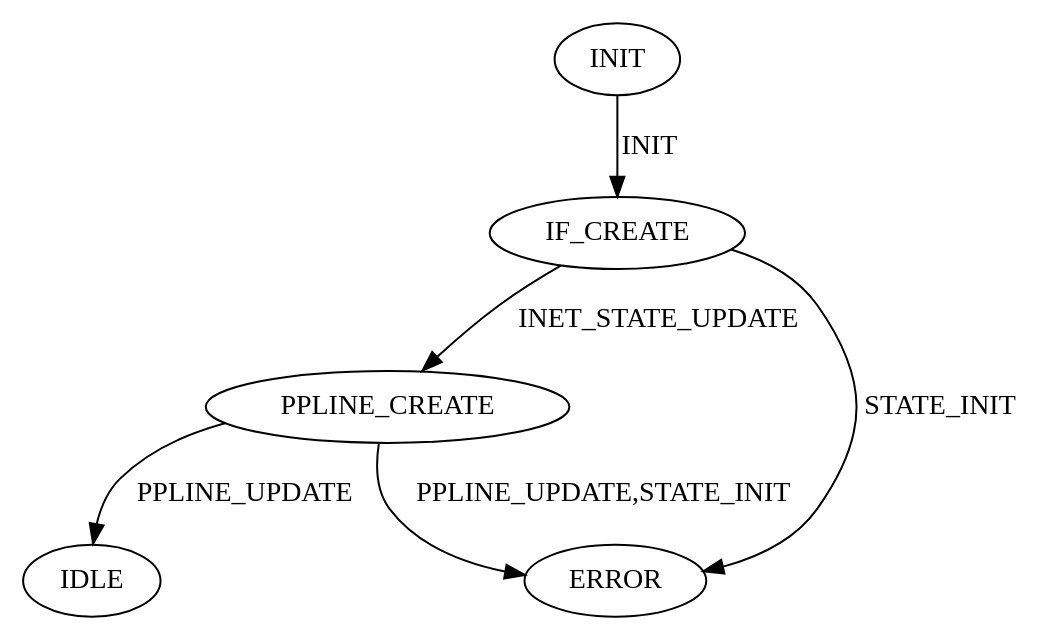
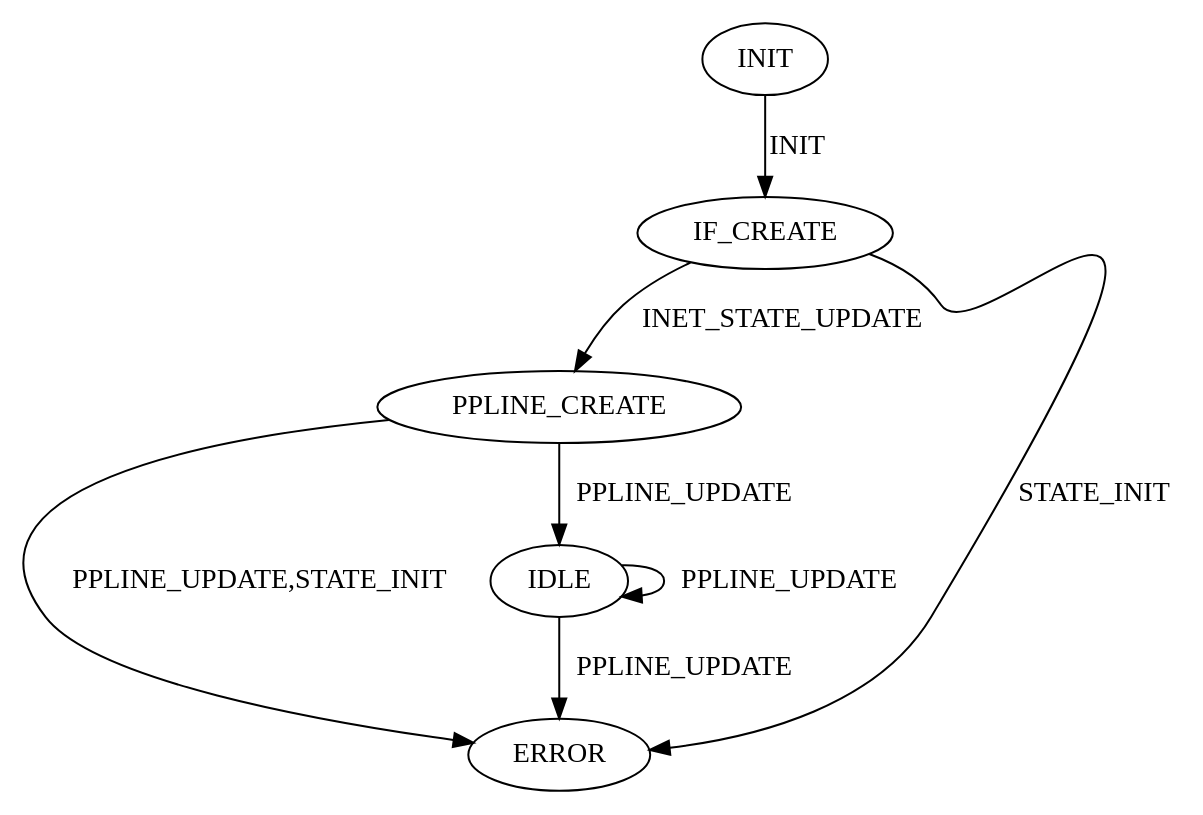
The diagram in src/wano/src/wanp_vlan.dot (plume-design/opensync), drawn with Graphviz before and after one commit. The commit also changed 592 other files, not shown here.

```diff
--- a/src/wano/src/wanp_vlan.dot
+++ b/src/wano/src/wanp_vlan.dot
@@ -1,9 +1,10 @@
 digraph {
     INIT[init=true];
     INIT -> IF_CREATE [label="INIT"];
     IF_CREATE -> PPLINE_CREATE [label="INET_STATE_UPDATE"];
     IF_CREATE -> ERROR [label="STATE_INIT"];
     PPLINE_CREATE -> IDLE [label="PPLINE_UPDATE"];
     PPLINE_CREATE -> ERROR [label="PPLINE_UPDATE,STATE_INIT"];
-
+    IDLE -> IDLE[label="PPLINE_UPDATE"];
+    IDLE -> ERROR[label="PPLINE_UPDATE"];
 }
```
